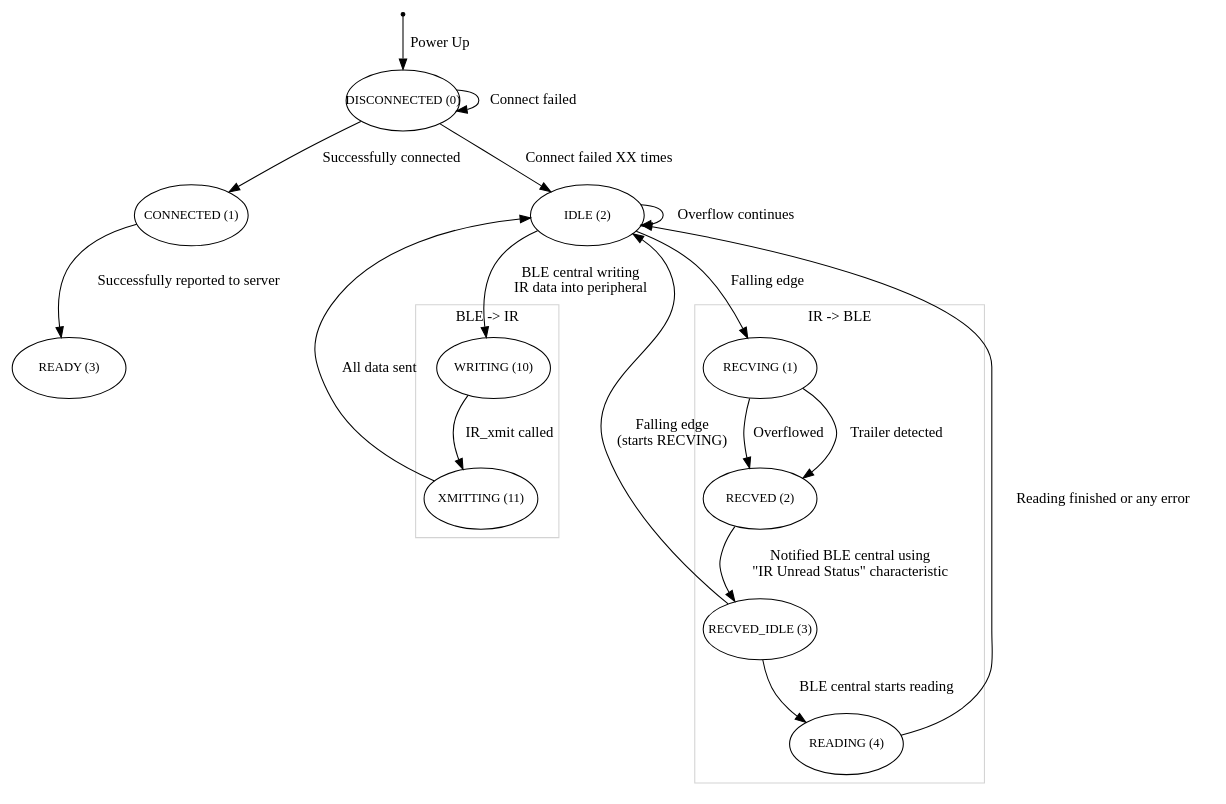
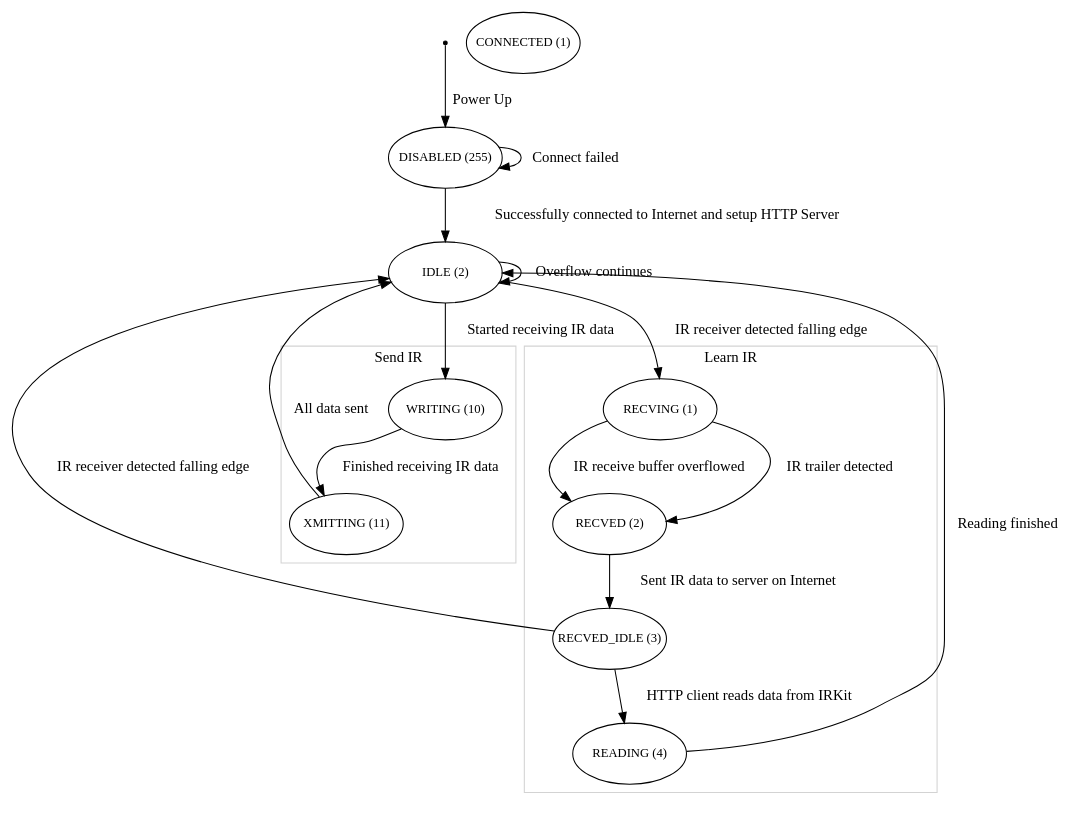
One commit to irkit/device changed the diagram in spec/diagrams/ir-state.gv. Above: the diagram before and after it, drawn with Graphviz. The commit also changed 10 other files, not shown here.

```diff
--- a/spec/diagrams/ir-state.gv
+++ b/spec/diagrams/ir-state.gv
@@ -1,55 +1,51 @@
 digraph ir_state {
     rankdir=TB;
 
     START [ label = "START", shape = point, fixedsize = false ];
 
     node [shape=ellipse, fontsize=12, fixedsize=true, width=1.5, height=0.8];
 
-    DISCONNECTED [ label = "DISCONNECTED (0)" ];
-    START -> DISCONNECTED [ label = "Power Up", weight = 100 ];
+    DISABLED [ label = "DISABLED (255)" ];
+    START -> DISABLED [ label = "Power Up", weight = 100 ];
 
     CONNECTED [ label = "CONNECTED (1)" ];
     IDLE      [ label = "IDLE (2)" ];
-    DISCONNECTED -> CONNECTED    [ label = "Successfully connected" ];
-    DISCONNECTED -> DISCONNECTED [ label = "Connect failed" ];
-    DISCONNECTED -> IDLE         [ label = "Connect failed XX times" ];
+    DISABLED -> IDLE [ label = "Successfully connected to Internet and setup HTTP Server" ];
+    DISABLED -> DISABLED  [ label = "Connect failed" ];
 
-    READY     [ label = "READY (3)" ];
-    CONNECTED -> READY           [ label = "Successfully reported to server" ];
-
-    subgraph cluster_ir {
-        label = "IR -> BLE";
+    subgraph cluster_learn {
+        label = "Learn IR";
         color=lightgray;
         rank=source;
 
         RECVING     [ label = "RECVING (1)" ];
         RECVED      [ label = "RECVED (2)" ];
         RECVED_IDLE [ label = "RECVED_IDLE (3)" ];
         READING     [ label = "READING (4)" ];
 
-        RECVING     -> RECVED      [ label = "Overflowed" ];
-        RECVING     -> RECVED      [ label = "Trailer detected" ];
+        RECVING     -> RECVED      [ label = "IR receive buffer overflowed" ];
+        RECVING     -> RECVED      [ label = "IR trailer detected" ];
 
-        RECVED      -> RECVED_IDLE [ label = "Notified BLE central using\n\"IR Unread Status\" characteristic" ];
-        RECVED_IDLE -> READING     [ label = "BLE central starts reading" ];
+        RECVED      -> RECVED_IDLE [ label = "Sent IR data to server on Internet" ];
+        RECVED_IDLE -> READING     [ label = "HTTP client reads data from IRKit" ];
 
     }
-    subgraph cluster_ble {
-        label = "BLE -> IR";
+    subgraph cluster_send {
+        label = "Send IR";
         color=lightgray;
         rank=source;
 
         WRITING     [ label = "WRITING (10)" ];
         XMITTING    [ label = "XMITTING (11)" ];
 
-        WRITING     -> XMITTING    [ label = "IR_xmit called" ];
+        WRITING     -> XMITTING    [ label = "Finished receiving IR data" ];
     }
 
     IDLE -> IDLE        [ label = "Overflow continues" ];
-    IDLE -> RECVING     [ label = "Falling edge", weight = 10 ];
-    IDLE -> WRITING     [ label = "BLE central writing\nIR data into peripheral", weight = 10 ];
+    IDLE -> RECVING     [ label = "IR receiver detected falling edge", weight = 10 ];
+    IDLE -> WRITING     [ label = "Started receiving IR data", weight = 10 ];
 
-    RECVED_IDLE -> IDLE [ label = "Falling edge\n(starts RECVING)" ];
-    READING     -> IDLE [ label = "Reading finished or any error" ];
+    RECVED_IDLE -> IDLE [ label = "IR receiver detected falling edge" ];
+    READING     -> IDLE [ label = "Reading finished" ];
     XMITTING    -> IDLE [ label = "All data sent" ];
 }
```
